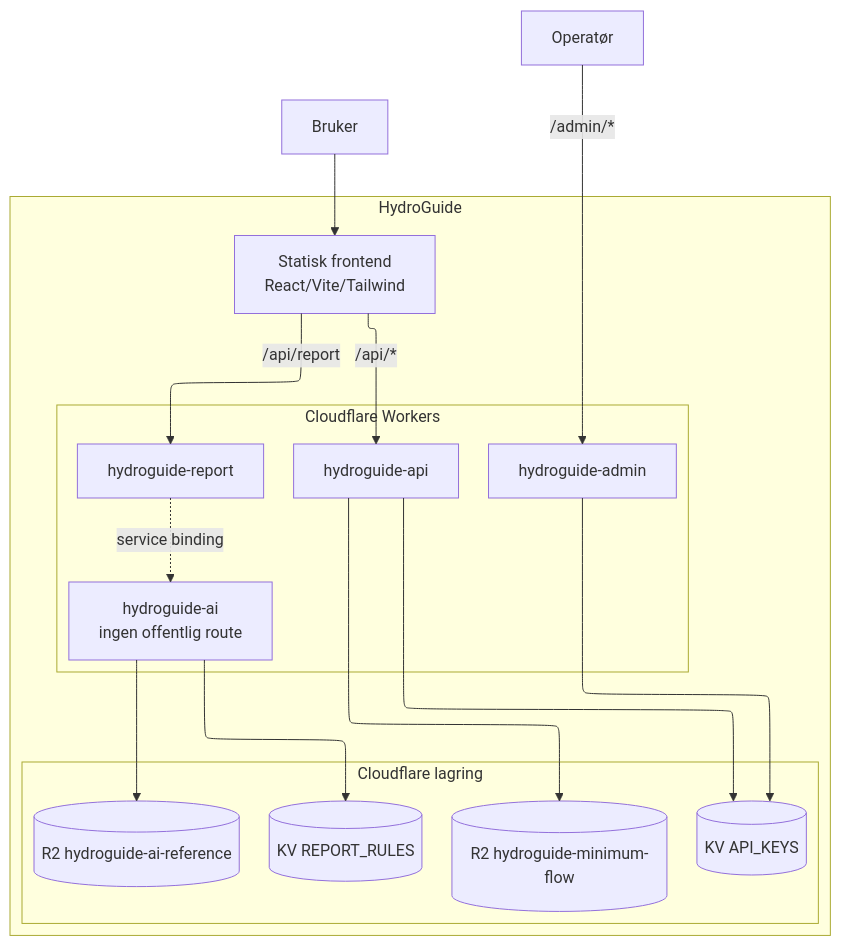
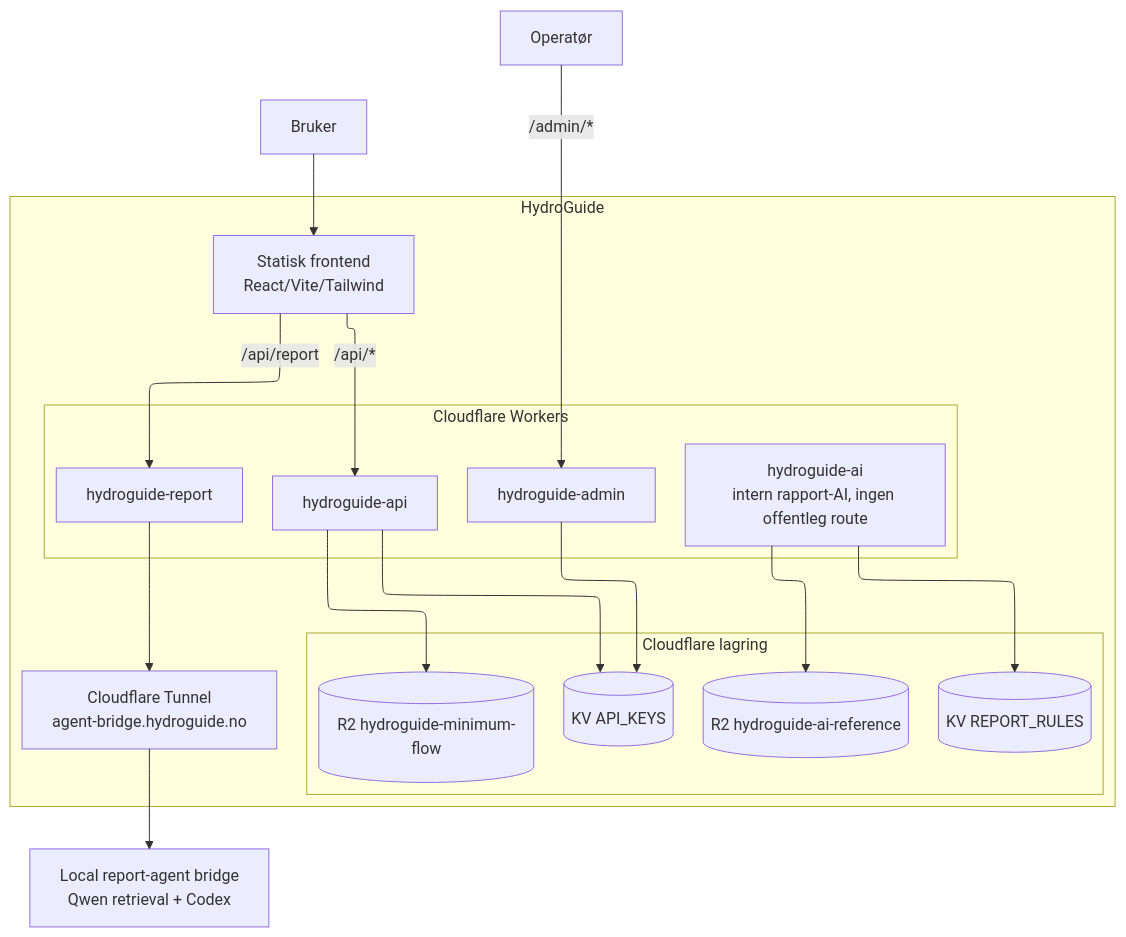
Before and after one commit to nikolsen1234-bit/hydroguide: the diagram in README.md, drawn with Mermaid. The commit also changed other lines of this file and 171 other files, not shown here.

First line of the commit message:
Migrate report flow to local bridge and clean working state

````diff
--- a/README.md
+++ b/README.md
@@ -21,40 +21,45 @@
 ```mermaid
 ---
 config:
   layout: elk
 ---
 flowchart TB
     bruker[Bruker]
     operator[Operatør]
 
     subgraph hg[HydroGuide]
         spa[Statisk frontend<br/>React/Vite/Tailwind]
 
         subgraph workers[Cloudflare Workers]
             api[hydroguide-api]
             report[hydroguide-report]
-            ai[hydroguide-ai<br/>ingen offentlig route]
+            ai[hydroguide-ai<br/>intern rapport-AI, ingen offentleg route]
             admin[hydroguide-admin]
         end
+
+        tunnel[Cloudflare Tunnel<br/>agent-bridge.hydroguide.no]
 
         subgraph storage[Cloudflare lagring]
             kvkeys[(KV API_KEYS)]
             kvrules[(KV REPORT_RULES)]
             r2flow[(R2 hydroguide-minimum-flow)]
             r2ref[(R2 hydroguide-ai-reference)]
         end
     end
 
+    bridge[Local report-agent bridge<br/>Qwen retrieval + Codex]
+
     bruker --> spa
     spa -->|/api/*| api
     spa -->|/api/report| report
     operator -->|/admin/*| admin
 
-    report -.service binding.-> ai
+    report --> tunnel
+    tunnel --> bridge
 
     api --> kvkeys
     api --> r2flow
     admin --> kvkeys
     ai --> kvrules
     ai --> r2ref
 ```
````
